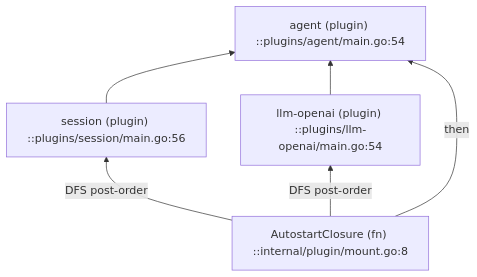
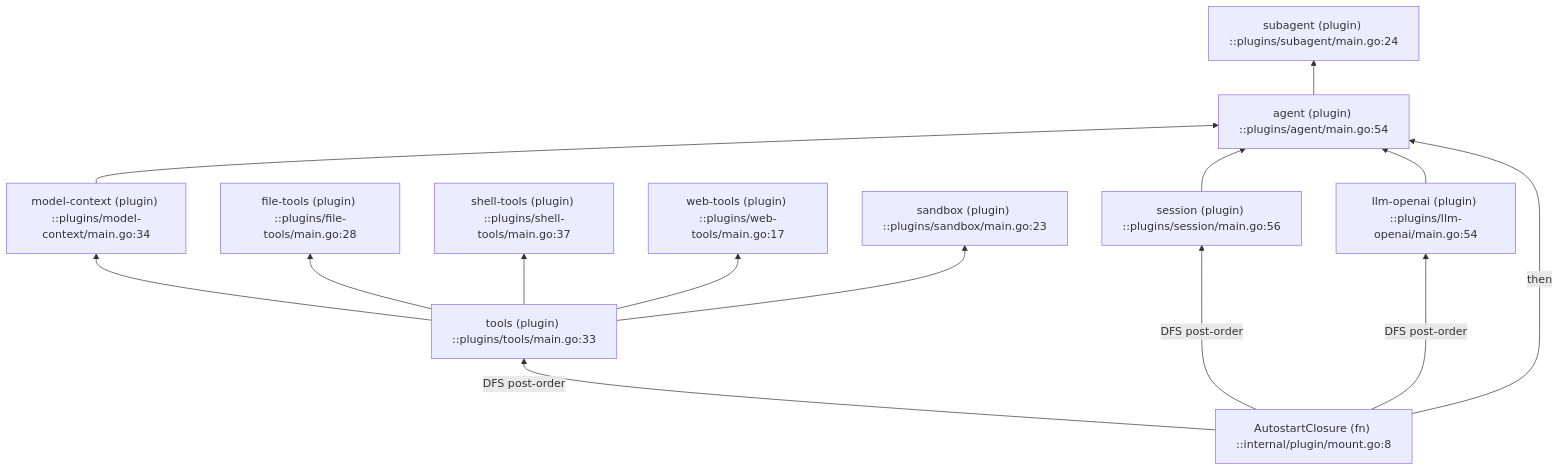
Before and after one commit to Alphazer01214/my-go-lite-agent: the fourth of 5 diagrams in docs/project-map/DEPENDENCY.md, drawn with Mermaid. The commit also changed other lines of this file and 87 other files, not shown here.

Commit message:
feat: implement complete agent plugin framework

````diff
--- a/docs/project-map/DEPENDENCY.md
+++ b/docs/project-map/DEPENDENCY.md
@@ -58,8 +77,16 @@
 ```mermaid
 flowchart BT
+  Tools["tools (plugin) ::plugins/tools/main.go:33"] --> Context["model-context (plugin) ::plugins/model-context/main.go:34"]
+  Tools --> File["file-tools (plugin) ::plugins/file-tools/main.go:28"]
+  Tools --> Shell["shell-tools (plugin) ::plugins/shell-tools/main.go:37"]
+  Tools --> Web["web-tools (plugin) ::plugins/web-tools/main.go:17"]
+  Tools --> Sandbox["sandbox (plugin) ::plugins/sandbox/main.go:23"]
+  Context --> Agent["agent (plugin) ::plugins/agent/main.go:54"]
   Session["session (plugin) ::plugins/session/main.go:56"] --> Agent["agent (plugin) ::plugins/agent/main.go:54"]
   LLM["llm-openai (plugin) ::plugins/llm-openai/main.go:54"] --> Agent
+  Agent --> Subagent["subagent (plugin) ::plugins/subagent/main.go:24"]
   Scan["AutostartClosure (fn) ::internal/plugin/mount.go:8"] -->|DFS post-order| Session
+  Scan -->|DFS post-order| Tools
   Scan -->|DFS post-order| LLM
   Scan -->|then| Agent
 ```
````
